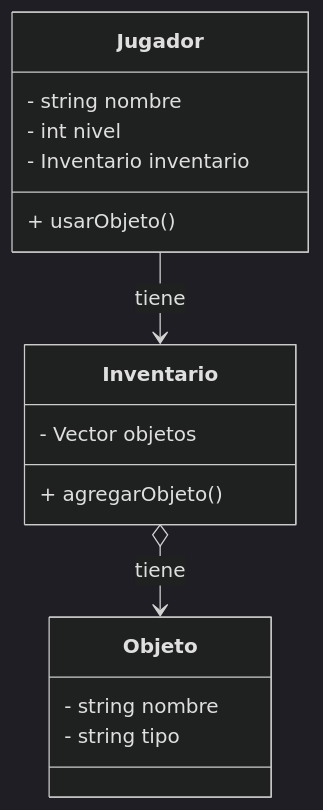
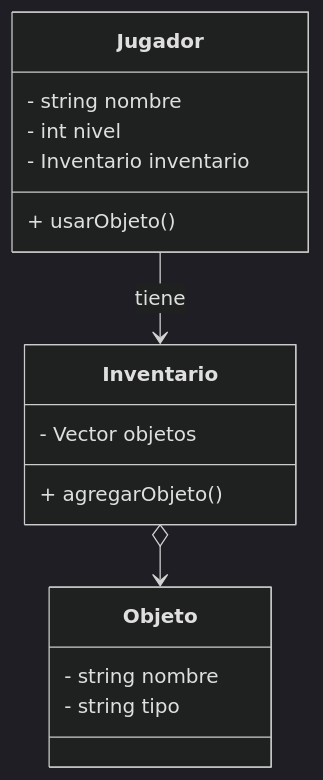
Before and after one commit to lufe089/POO: the fourth of 4 diagrams in 6. EjerciciosCod1Relaciones.md, drawn with Mermaid (dark theme).

Commit message:
Update 6. EjerciciosCod1Relaciones.md

````diff
--- a/6. EjerciciosCod1Relaciones.md
+++ b/6. EjerciciosCod1Relaciones.md
@@ -89,21 +89,21 @@
 ```mermaid
 classDiagram
     class Jugador {
         - string nombre
         - int nivel
         - Inventario inventario
         + usarObjeto()
 
     }
     class Inventario {
         - Vector <Objeto> objetos
         + agregarObjeto()
     }
 
     class Objeto {
         - string nombre
         - string tipo
     }
     Jugador --> Inventario : tiene
-    Inventario o--> Objeto: tiene
+    Inventario o--> Objeto
 ```
````
